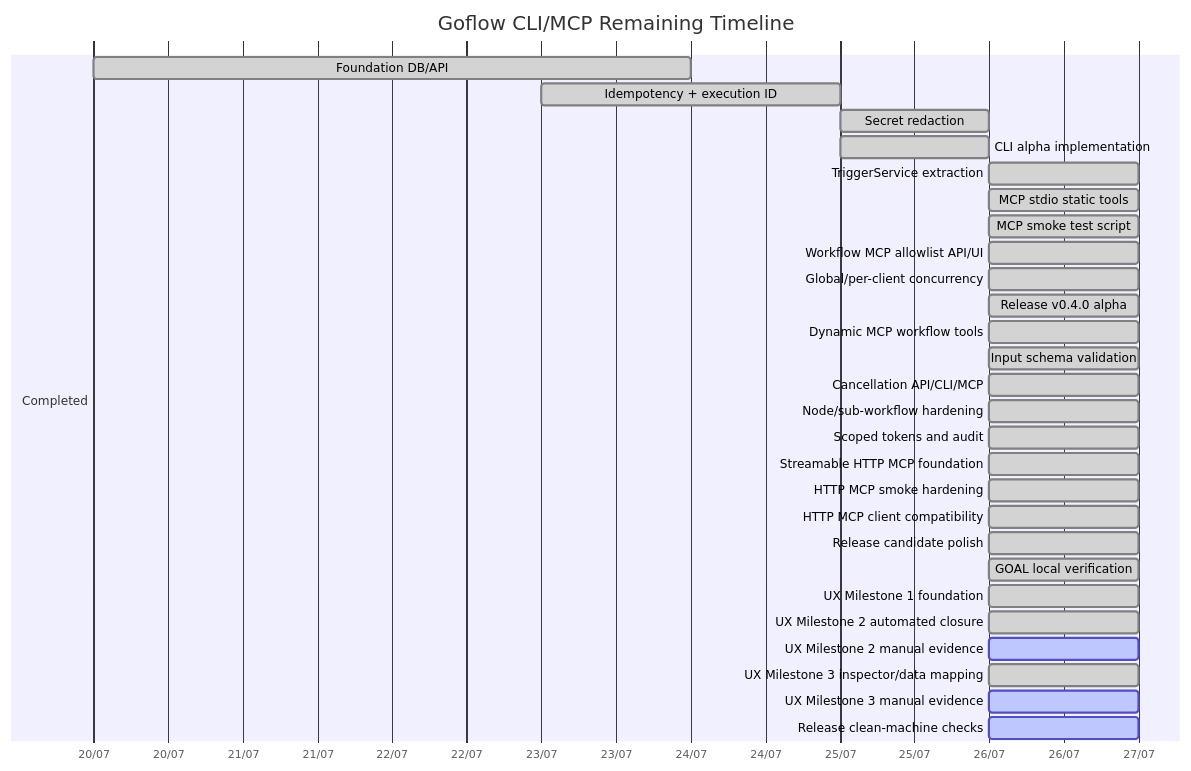
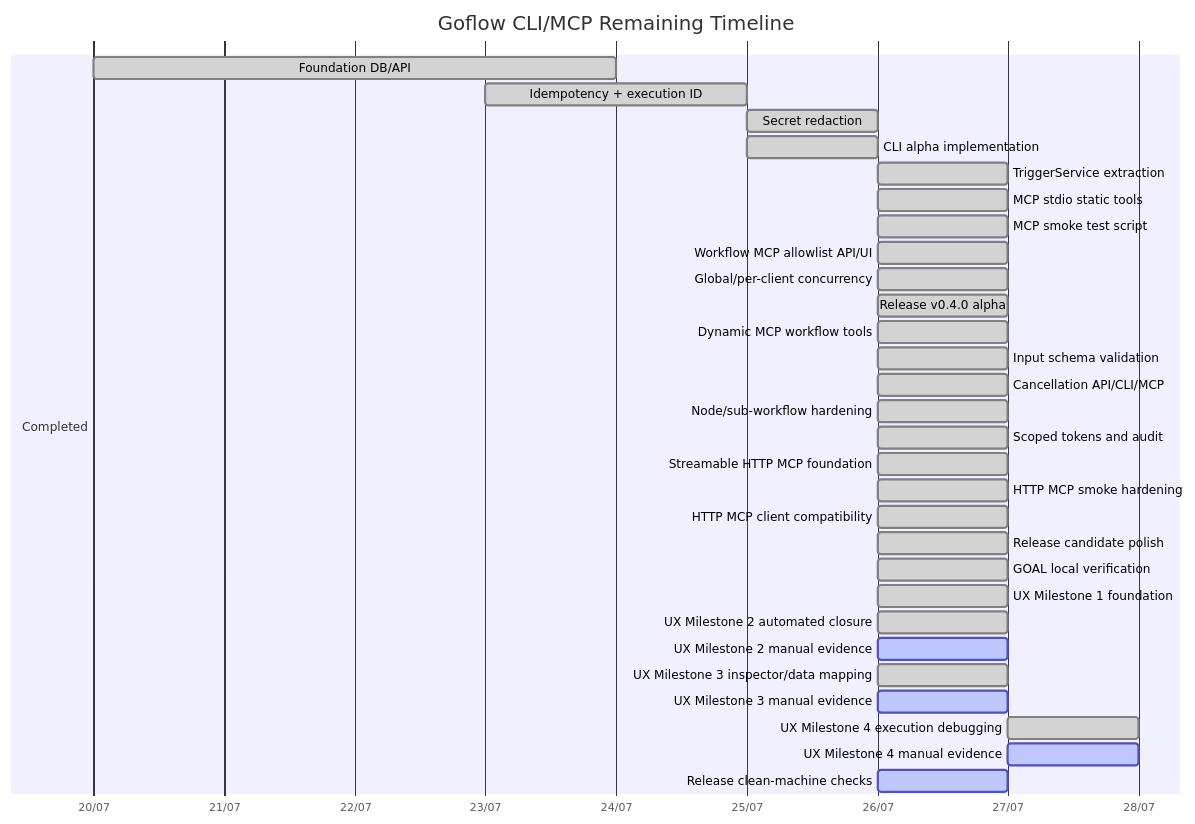
The second of 2 diagrams in ROADMAP_PROGRESS.md (hstptcn5/Goflow), drawn with Mermaid before and after one commit. The commit also changed other lines of this file and 27 other files, not shown here.

````diff
--- a/ROADMAP_PROGRESS.md
+++ b/ROADMAP_PROGRESS.md
@@ -188,36 +209,38 @@
 ```mermaid
 gantt
     title Goflow CLI/MCP Remaining Timeline
     dateFormat  YYYY-MM-DD
     axisFormat  %d/%m
 
     section Completed
     Foundation DB/API             :done, f1, 2026-07-20, 4d
     Idempotency + execution ID     :done, f2, 2026-07-23, 2d
     Secret redaction               :done, f3, 2026-07-25, 1d
     CLI alpha implementation       :done, cli1, 2026-07-25, 1d
     TriggerService extraction      :done, svc1, 2026-07-26, 1d
     MCP stdio static tools         :done, mcp1, 2026-07-26, 1d
     MCP smoke test script          :done, mcp2, 2026-07-26, 1d
     Workflow MCP allowlist API/UI  :done, mcp3, 2026-07-26, 1d
     Global/per-client concurrency  :done, hard0, 2026-07-26, 1d
     Release v0.4.0 alpha           :done, rel1, 2026-07-26, 1d
     Dynamic MCP workflow tools     :done, mcp4, 2026-07-26, 1d
     Input schema validation        :done, mcp5, 2026-07-26, 1d
     Cancellation API/CLI/MCP       :done, hard2, 2026-07-26, 1d
     Node/sub-workflow hardening    :done, hard1, 2026-07-26, 1d
     Scoped tokens and audit        :done, sec1, 2026-07-26, 1d
 
     section Completed
     Streamable HTTP MCP foundation :done, http1, 2026-07-26, 1d
     HTTP MCP smoke hardening       :done, http2, 2026-07-26, 1d
     HTTP MCP client compatibility  :done, http3, 2026-07-26, 1d
     Release candidate polish       :done, rc1, 2026-07-26, 1d
     GOAL local verification        :done, goal1, 2026-07-26, 1d
     UX Milestone 1 foundation      :done, ux1, 2026-07-26, 1d
     UX Milestone 2 automated closure:done, ux2, 2026-07-26, 1d
     UX Milestone 2 manual evidence:active, ux2m, 2026-07-26, 1d
     UX Milestone 3 inspector/data mapping:done, ux3, 2026-07-26, 1d
     UX Milestone 3 manual evidence:active, ux3m, 2026-07-26, 1d
+    UX Milestone 4 execution debugging:done, ux4, 2026-07-27, 1d
+    UX Milestone 4 manual evidence:active, ux4m, 2026-07-27, 1d
     Release clean-machine checks   :active, goal2, 2026-07-26, 1d
 ```
````
